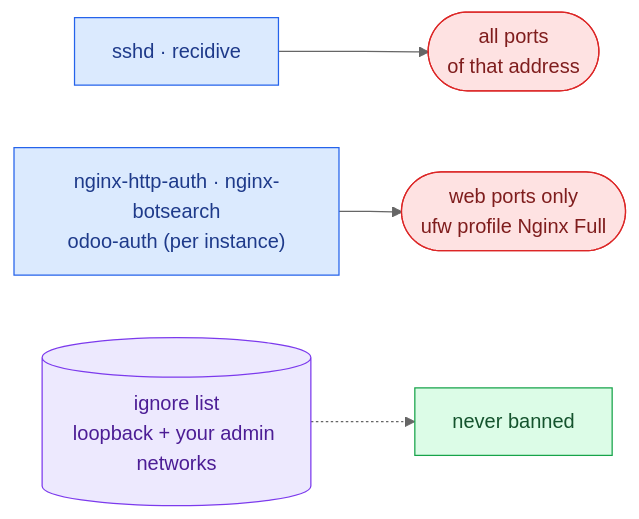
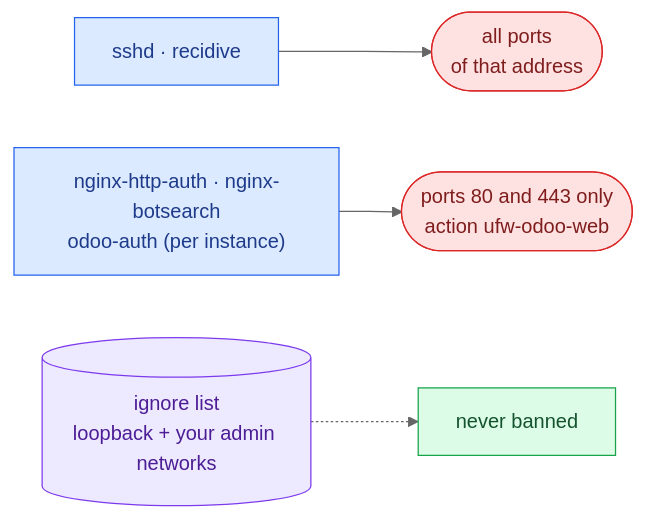
One commit to grojof/odoo_instance_manager_app changed the diagram in docs/security/security-fail2ban.md. Above: the diagram before and after it, drawn with Mermaid (neutral theme). The commit also changed other lines of this file and 29 other files, not shown here.

````diff
--- a/docs/security/security-fail2ban.md
+++ b/docs/security/security-fail2ban.md
@@ -30,14 +30,14 @@
 ```mermaid
 flowchart LR
     ssh["sshd · recidive"] --> all(["all ports<br/>of that address"])
-    web["nginx-http-auth · nginx-botsearch<br/>odoo-auth (per instance)"] --> webports(["web ports only<br/>ufw profile Nginx Full"])
+    web["nginx-http-auth · nginx-botsearch<br/>odoo-auth (per instance)"] --> webports(["ports 80 and 443 only<br/>action ufw-odoo-web"])
     ignore[("ignore list<br/>loopback + your admin networks")] -.-> never["never banned"]
     classDef step fill:#dbeafe,stroke:#2563eb,color:#1e3a8a
     classDef guard fill:#dcfce7,stroke:#16a34a,color:#14532d
     classDef stop fill:#fee2e2,stroke:#dc2626,color:#7f1d1d
     classDef data fill:#ede9fe,stroke:#7c3aed,color:#4c1d95
     class ssh,web step
     class all,webports stop
     class never guard
     class ignore data
 ```
````
